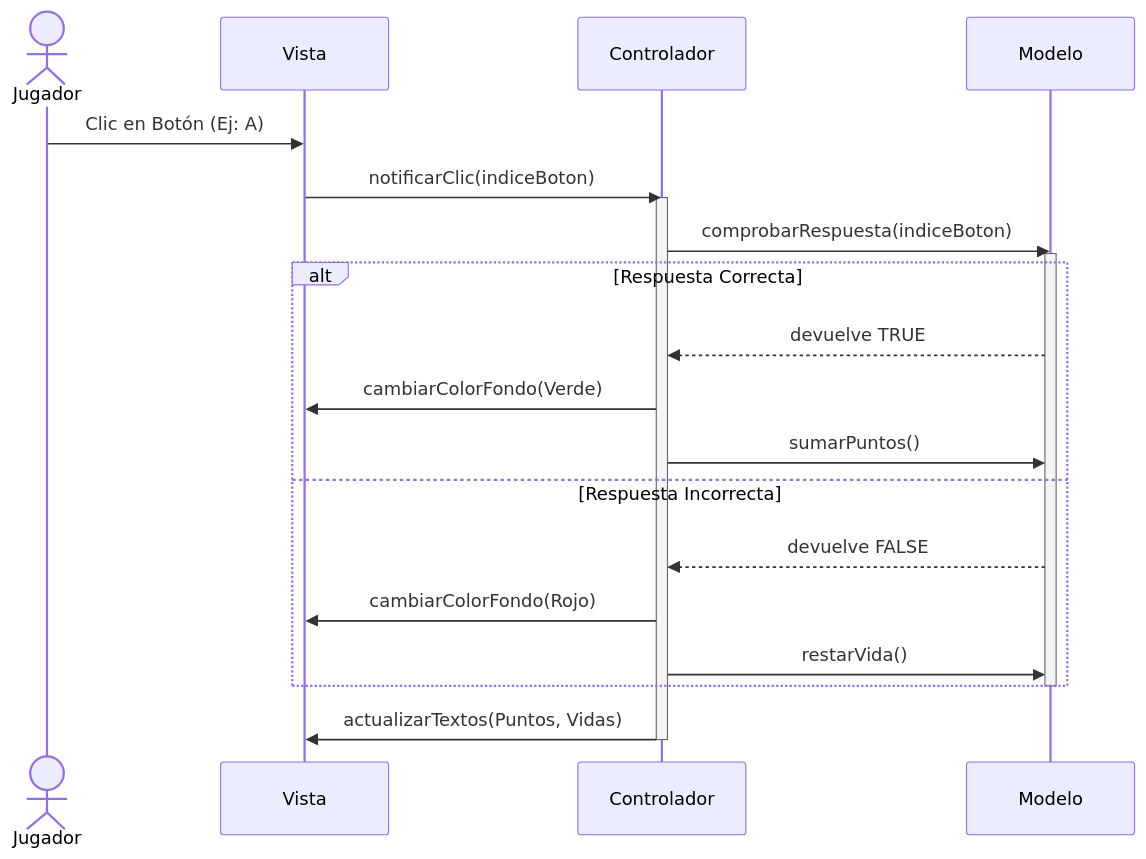
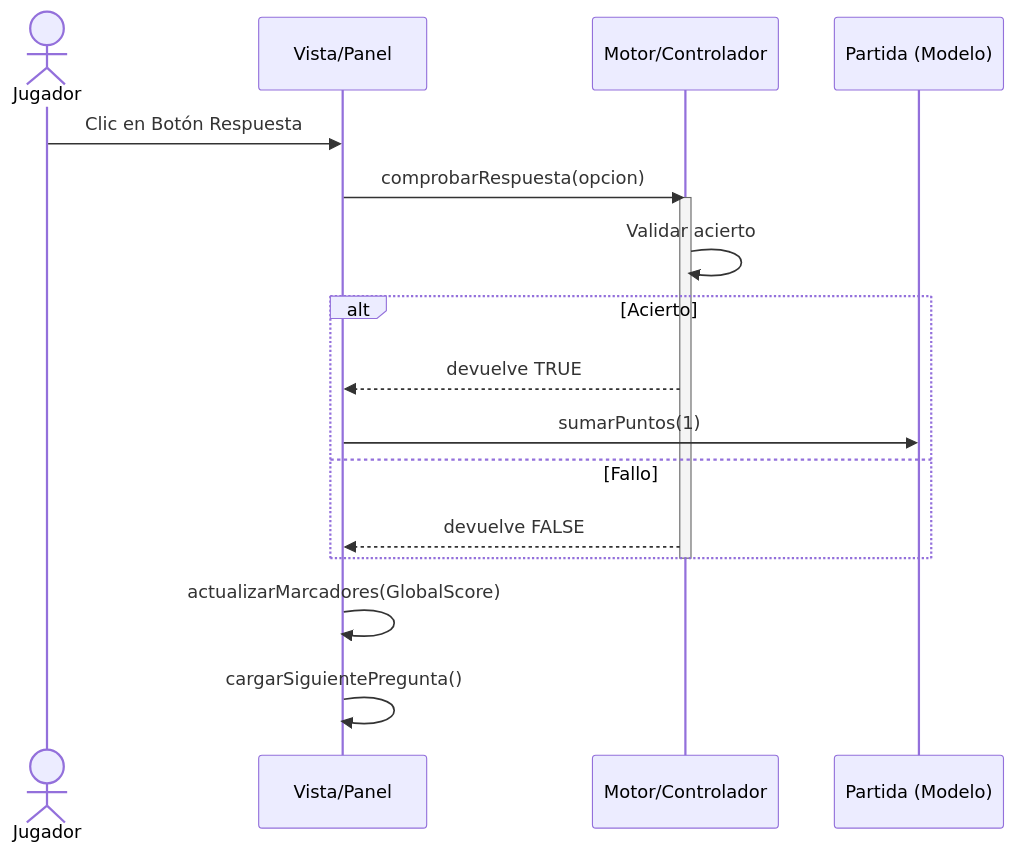
One commit to jramonnv0786-prog/Proyecto_Final_VideoJuego changed the diagram in docs/02_Design.md/Architecture/03_Secuencia.md. Above: the diagram before and after it, drawn with Mermaid. The commit also changed 5 other files, not shown here.

````diff
--- a/docs/02_Design.md/Architecture/03_Secuencia.md
+++ b/docs/02_Design.md/Architecture/03_Secuencia.md
@@ -3,30 +3,25 @@
 ```mermaid
 sequenceDiagram
     actor Jugador
-    participant V as Vista
-    participant C as Controlador
-    participant M as Modelo
+    participant V as Vista/Panel
+    participant M as Motor/Controlador
+    participant P as Partida (Modelo)
 
-    Jugador->>V: Clic en Botón (Ej: A)
-    V->>C: notificarClic(indiceBoton)
+    Jugador->>V: Clic en Botón Respuesta
+    V->>M: comprobarRespuesta(opcion)
     
-    activate C
-    C->>M: comprobarRespuesta(indiceBoton)
     activate M
+    M->>M: Validar acierto
     
-    alt Respuesta Correcta
-        M-->>C: devuelve TRUE
-        C->>V: cambiarColorFondo(Verde)
-        C->>M: sumarPuntos()
-    else Respuesta Incorrecta
-        M-->>C: devuelve FALSE
-        C->>V: cambiarColorFondo(Rojo)
-        C->>M: restarVida()
+    alt Acierto
+        M-->>V: devuelve TRUE
+        V->>P: sumarPuntos(1)
+    else Fallo
+        M-->>V: devuelve FALSE
     end
     
     deactivate M
     
-    C->>V: actualizarTextos(Puntos, Vidas)
-    deactivate C
-
+    V->>V: actualizarMarcadores(GlobalScore)
+    V->>V: cargarSiguientePregunta()
  ```
````
